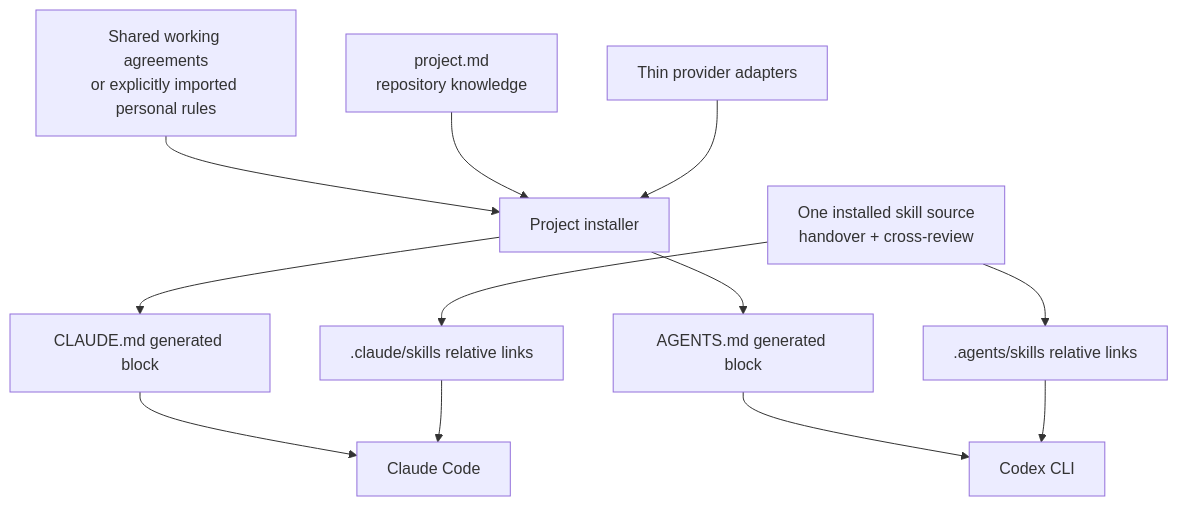
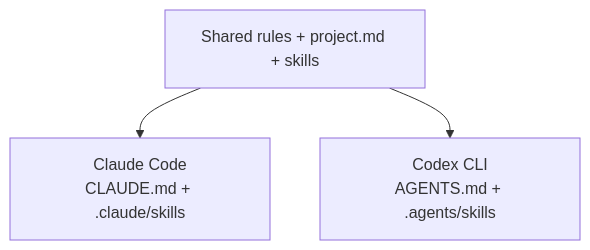
The diagram in docs/ARCHITECTURE.md (ctrl-alt-raccoon/shellmates), drawn with Mermaid before and after one commit. The commit also changed other lines of this file and 5 other files, not shown here.

````diff
--- a/docs/ARCHITECTURE.md
+++ b/docs/ARCHITECTURE.md
@@ -28,14 +29,5 @@
 ```mermaid
 flowchart TB
-    W["Shared working agreements<br/>or explicitly imported personal rules"] --> I["Project installer"]
-    P["project.md<br/>repository knowledge"] --> I
-    A["Thin provider adapters"] --> I
-    I --> C["CLAUDE.md generated block"]
-    I --> X["AGENTS.md generated block"]
-    K["One installed skill source<br/>handover + cross-review"] --> CL[".claude/skills relative links"]
-    K --> XL[".agents/skills relative links"]
-    C --> CC["Claude Code"]
-    CL --> CC
-    X --> CX["Codex CLI"]
-    XL --> CX
+    S["Shared rules + project.md + skills"] --> C["Claude Code<br/>CLAUDE.md + .claude/skills"]
+    S --> X["Codex CLI<br/>AGENTS.md + .agents/skills"]
 ```
````
